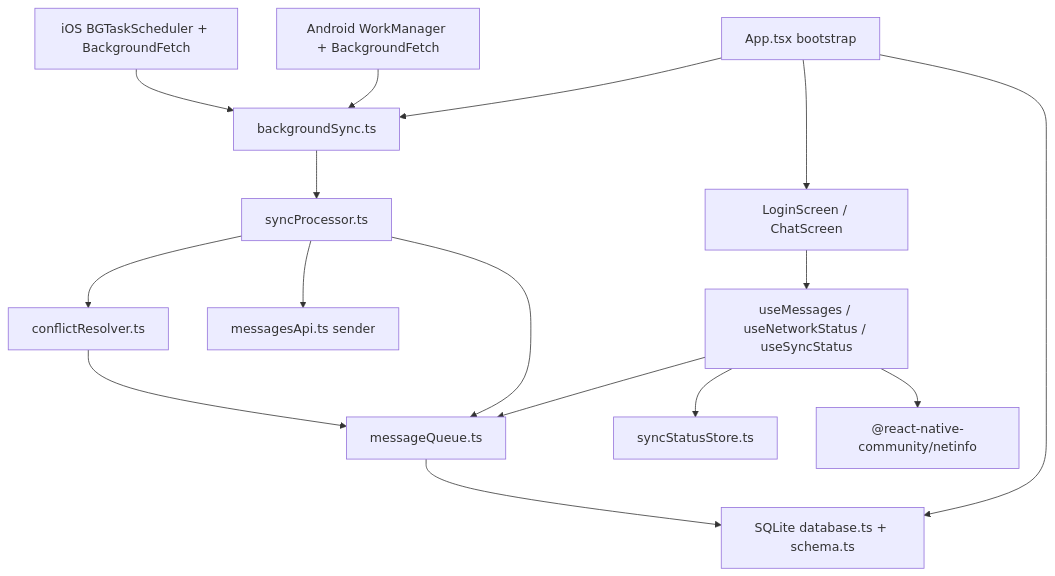
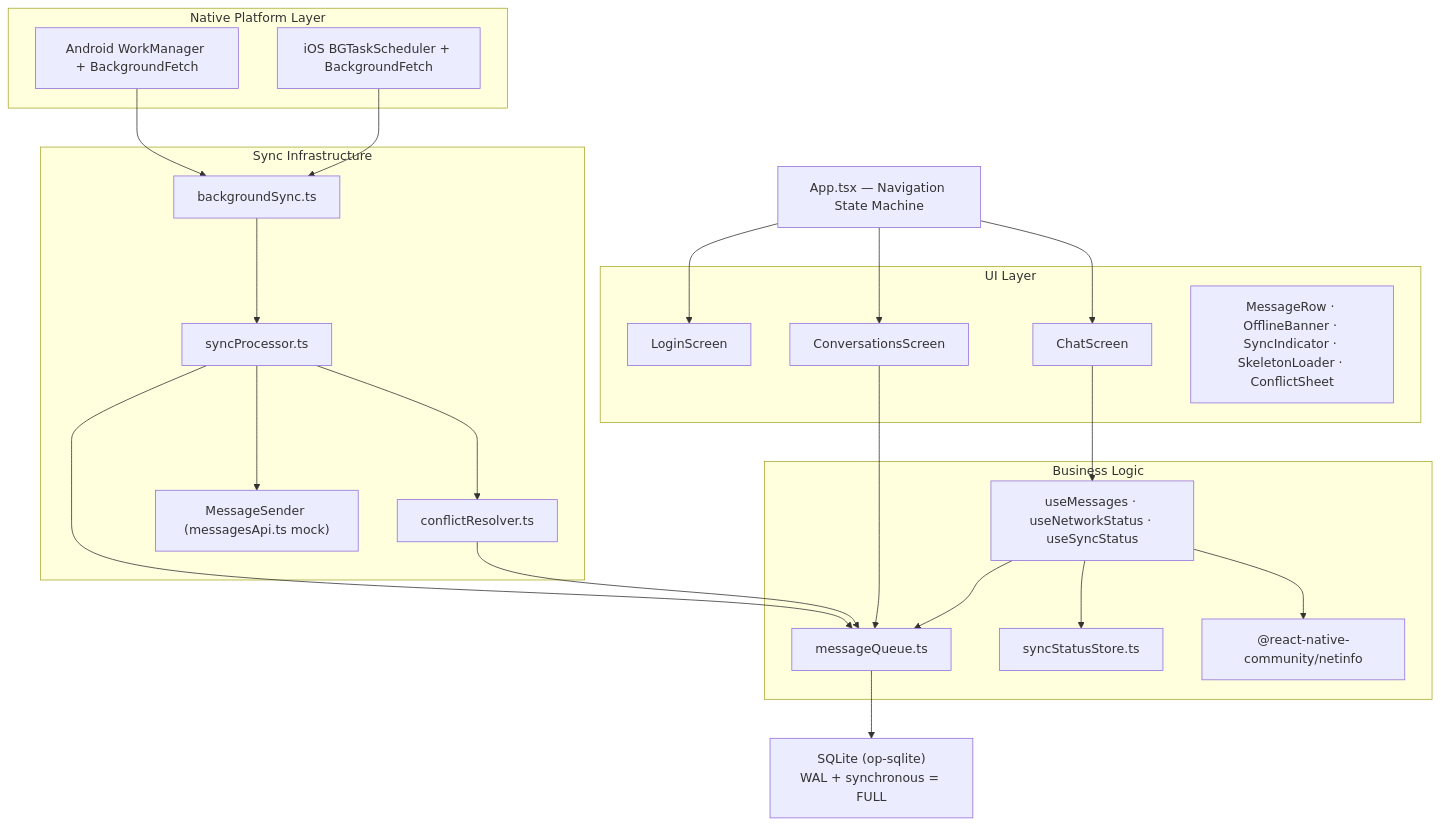
Before and after one commit to Aarya01Patil/Outbox: the first of 4 diagrams in README.md, drawn with Mermaid. The commit also changed other lines of this file and 16 other files, not shown here.

````diff
--- a/README.md
+++ b/README.md
@@ -19,21 +26,37 @@
 ```mermaid
 flowchart TD
-  App["App.tsx bootstrap"] --> DB["SQLite database.ts + schema.ts"]
-  App --> BG["backgroundSync.ts"]
-  App --> UI["LoginScreen / ChatScreen"]
+  App["App.tsx — Navigation State Machine"] --> Login["LoginScreen"]
+  App --> Convos["ConversationsScreen"]
+  App --> Chat["ChatScreen"]
 
-  UI --> Hooks["useMessages / useNetworkStatus / useSyncStatus"]
-  Hooks --> Queue["messageQueue.ts"]
-  Hooks --> SyncStatus["syncStatusStore.ts"]
-  Hooks --> NetInfo["@react-native-community/netinfo"]
+  subgraph UI["UI Layer"]
+    Login
+    Convos
+    Chat
+    Components["MessageRow · OfflineBanner · SyncIndicator · SkeletonLoader · ConflictSheet"]
+  end
 
-  Queue --> DB
-  BG --> Processor["syncProcessor.ts"]
-  Processor --> Queue
-  Processor --> Sender["messagesApi.ts sender"]
-  Processor --> Conflicts["conflictResolver.ts"]
-  Conflicts --> Queue
+  Chat --> Hooks["useMessages · useNetworkStatus · useSyncStatus"]
+  Convos --> Queue["messageQueue.ts"]
 
-  Android["Android WorkManager + BackgroundFetch"] --> BG
-  IOS["iOS BGTaskScheduler + BackgroundFetch"] --> BG
+  subgraph Logic["Business Logic"]
+    Hooks --> Queue
+    Hooks --> SyncStatus["syncStatusStore.ts"]
+    Hooks --> NetInfo["@react-native-community/netinfo"]
+  end
+
+  subgraph Sync["Sync Infrastructure"]
+    BG["backgroundSync.ts"] --> Processor["syncProcessor.ts"]
+    Processor --> Queue
+    Processor --> Sender["MessageSender (messagesApi.ts mock)"]
+    Processor --> Conflicts["conflictResolver.ts"]
+    Conflicts --> Queue
+  end
+
+  subgraph Native["Native Platform Layer"]
+    Android["Android WorkManager + BackgroundFetch"] --> BG
+    IOS["iOS BGTaskScheduler + BackgroundFetch"] --> BG
+  end
+
+  Queue --> DB["SQLite (op-sqlite)\nWAL + synchronous = FULL"]
 ```
````
